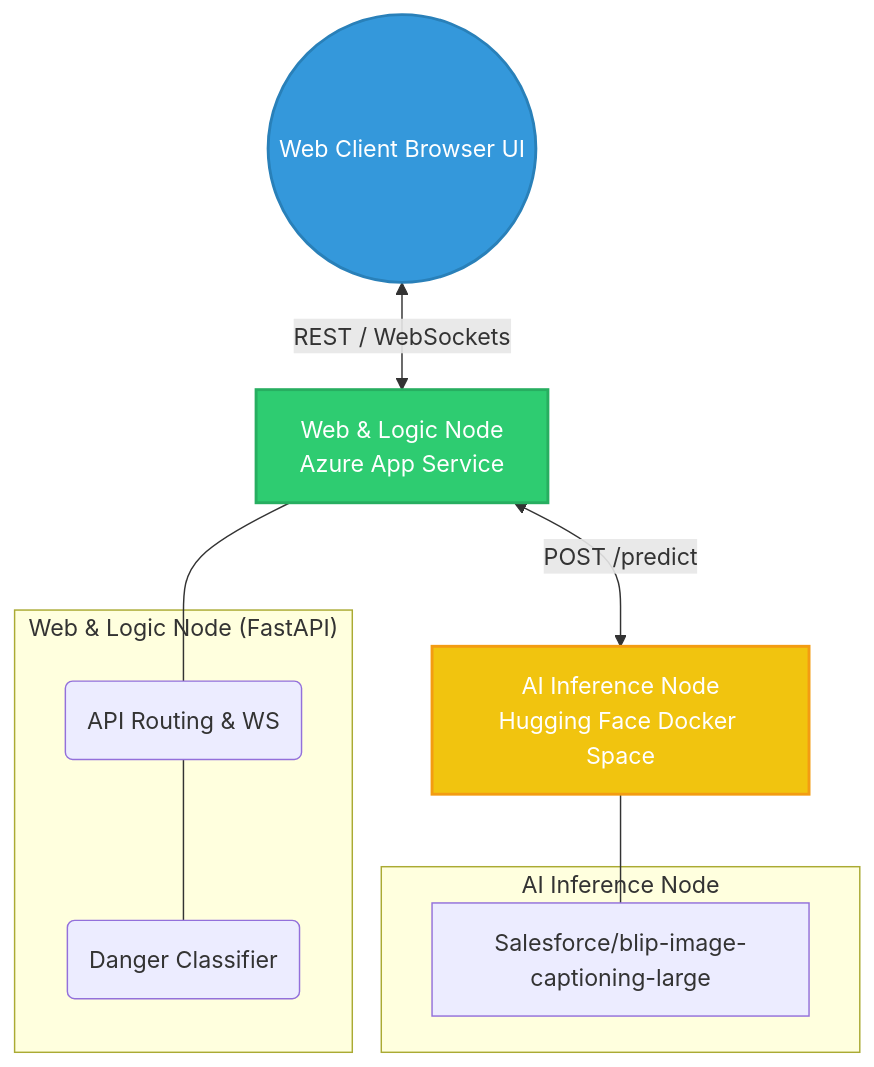
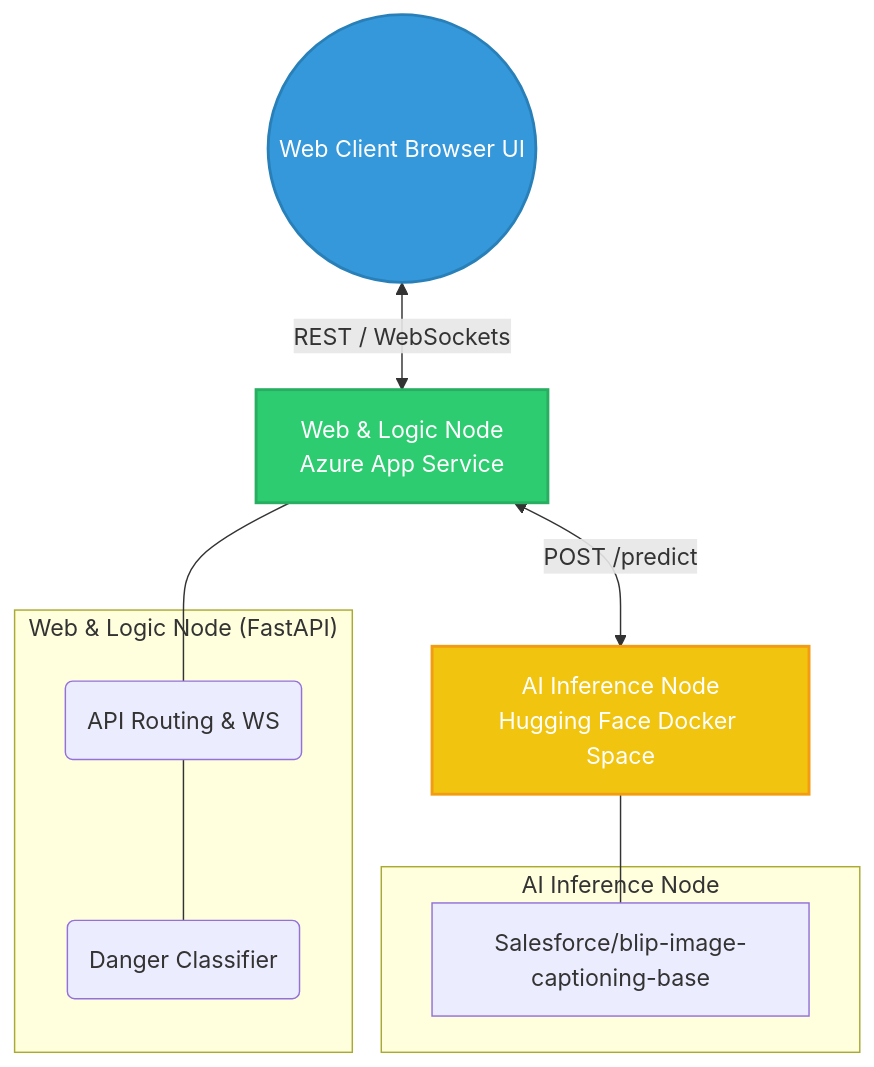
One commit to M4Mohammed/RealTime_Scene_Description changed the first of 4 diagrams in README.md. Above: the diagram before and after it, drawn with Mermaid. The commit also changed other lines of this file and 2 other files, not shown here.

Commit message:
Optimize HF Spaces with Blip-Base Model

````diff
--- a/README.md
+++ b/README.md
@@ -29,26 +29,26 @@
 ```mermaid
 graph TD
     classDef client fill:#3498db,stroke:#2980b9,stroke-width:2px,color:#fff;
     classDef azure fill:#2ecc71,stroke:#27ae60,stroke-width:2px,color:#fff;
     classDef hf fill:#f1c40f,stroke:#f39c12,stroke-width:2px,color:#fff;
 
     Client((Web Client Browser UI)):::client
     Azure[Web & Logic Node<br/>Azure App Service]:::azure
     HFSpace[AI Inference Node<br/>Hugging Face Docker Space]:::hf
 
     Client <-->|REST / WebSockets| Azure
     Azure <-->|POST /predict| HFSpace
     
     subgraph "Web & Logic Node (FastAPI)"
         MainAPI(API Routing & WS)
         DangerCL(Danger Classifier)
     end
     
     subgraph "AI Inference Node"
-        BlipModel[Salesforce/blip-image-captioning-large]
+        BlipModel[Salesforce/blip-image-captioning-base]
     end
 
     Azure --- MainAPI
     MainAPI --- DangerCL
     HFSpace --- BlipModel
 ```
````
